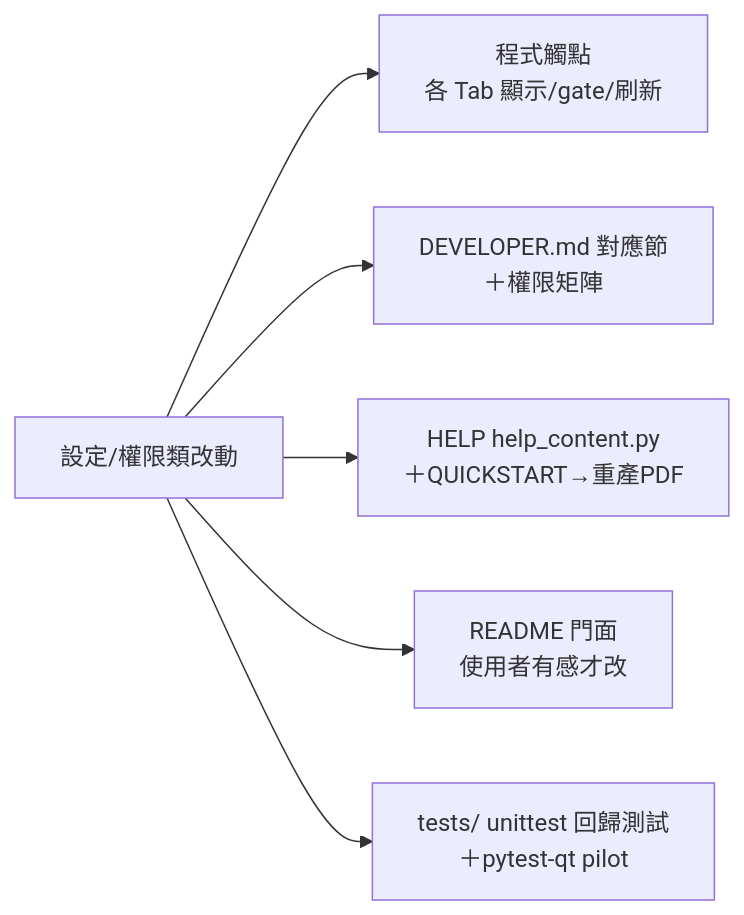
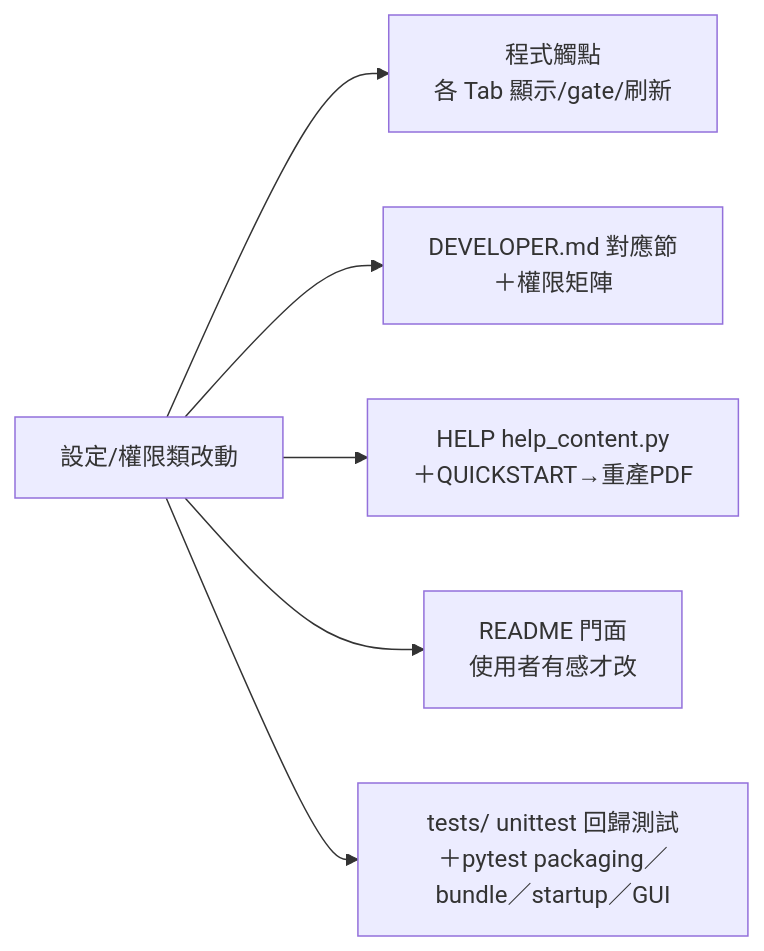
One commit to jerrygskk/PoliceDocSys changed the diagram in DEVELOPER.md. Above: the diagram before and after it, drawn with Mermaid. The commit also changed other lines of this file and 21 other files, not shown here.

````diff
--- a/DEVELOPER.md
+++ b/DEVELOPER.md
@@ -72,8 +72,8 @@
 ```mermaid
 graph LR
     S[設定/權限類改動] --> C[程式觸點<br>各 Tab 顯示/gate/刷新]
     S --> D[DEVELOPER.md 對應節<br>＋權限矩陣]
     S --> H[HELP help_content.py<br>＋QUICKSTART→重產PDF]
     S --> R[README 門面<br>使用者有感才改]
-    S --> T[tests/ unittest 回歸測試<br>＋pytest-qt pilot]
+    S --> T[tests/ unittest 回歸測試<br>＋pytest packaging／bundle／startup／GUI]
 ```
````
